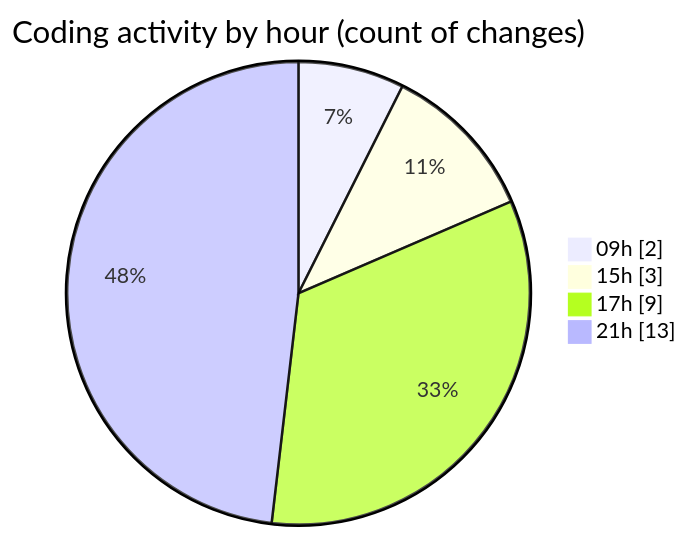
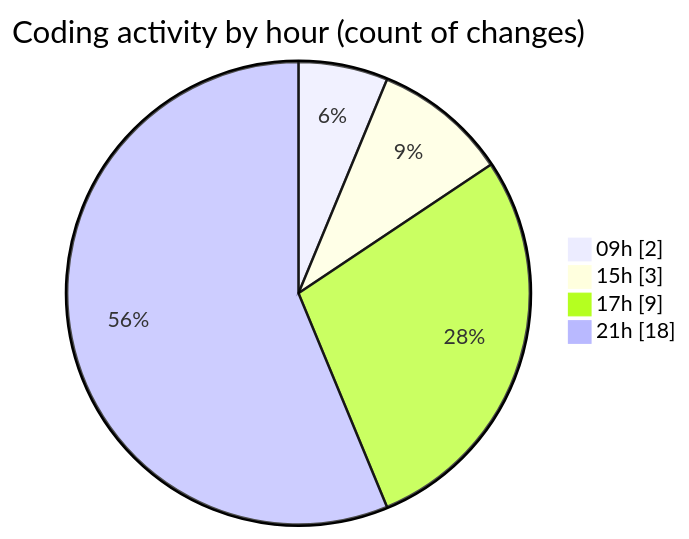
The second of 2 diagrams in 2025-10-20/eventscop-frontend-guide__workspace_/README.md (julien-gomy/code-tracking), drawn with Mermaid before and after one commit. The commit also changed other lines of this file and 1 other file, not shown here.

````diff
--- a/2025-10-20/eventscop-frontend-guide__workspace_/README.md
+++ b/2025-10-20/eventscop-frontend-guide__workspace_/README.md
@@ -40,8 +40,8 @@
 ```mermaid
 pie showData
 title Coding activity by hour (count of changes)
 "09h" : 2
 "15h" : 3
 "17h" : 9
-"21h" : 13
+"21h" : 18
 ```
````
